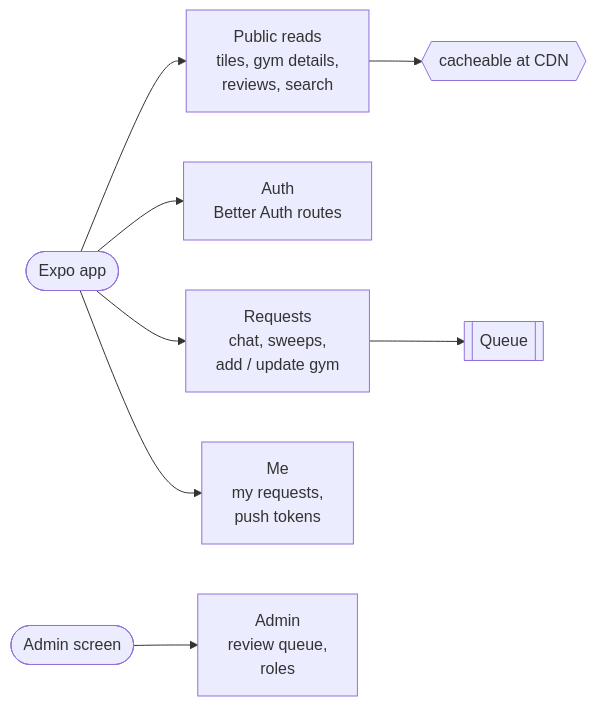
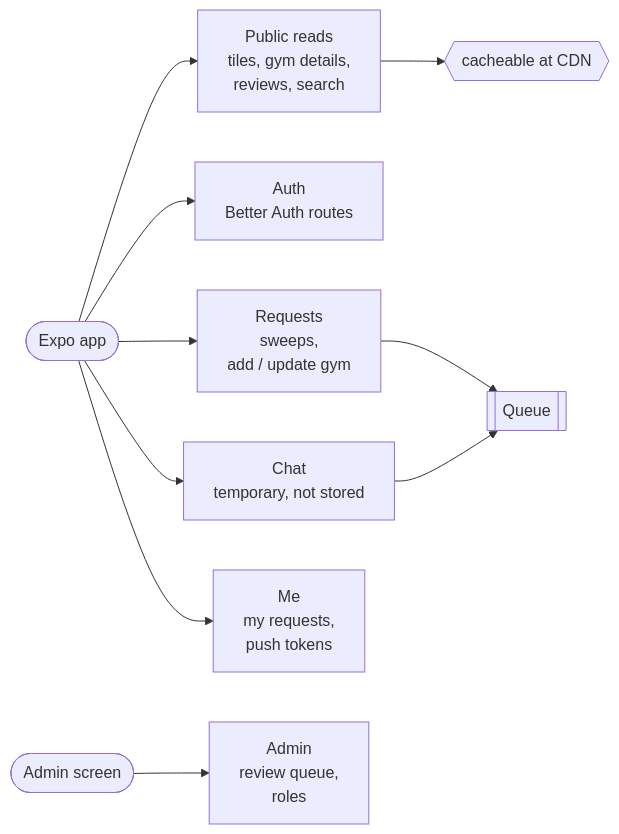
One commit to AbsentLung/TravelApp changed the third of 3 diagrams in API.md. Above: the diagram before and after it, drawn with Mermaid. The commit also changed other lines of this file and 3 other files, not shown here.

First line of the commit message:
Make chats temporary: never stored, answers kept in cache only

````diff
--- a/API.md
+++ b/API.md
@@ -116,10 +138,12 @@
 ```mermaid
 flowchart LR
     App([Expo app]) --> PUB[Public reads<br/>tiles, gym details,<br/>reviews, search]
     App --> AUTH[Auth<br/>Better Auth routes]
-    App --> REQ[Requests<br/>chat, sweeps,<br/>add / update gym]
+    App --> CHAT[Chat<br/>temporary, not stored]
+    App --> REQ[Requests<br/>sweeps,<br/>add / update gym]
     App --> ME[Me<br/>my requests,<br/>push tokens]
     Admin([Admin screen]) --> ADM[Admin<br/>review queue,<br/>roles]
     PUB --> CDN{{cacheable at CDN}}
     REQ --> Q[[Queue]]
+    CHAT --> Q
 ```
````
